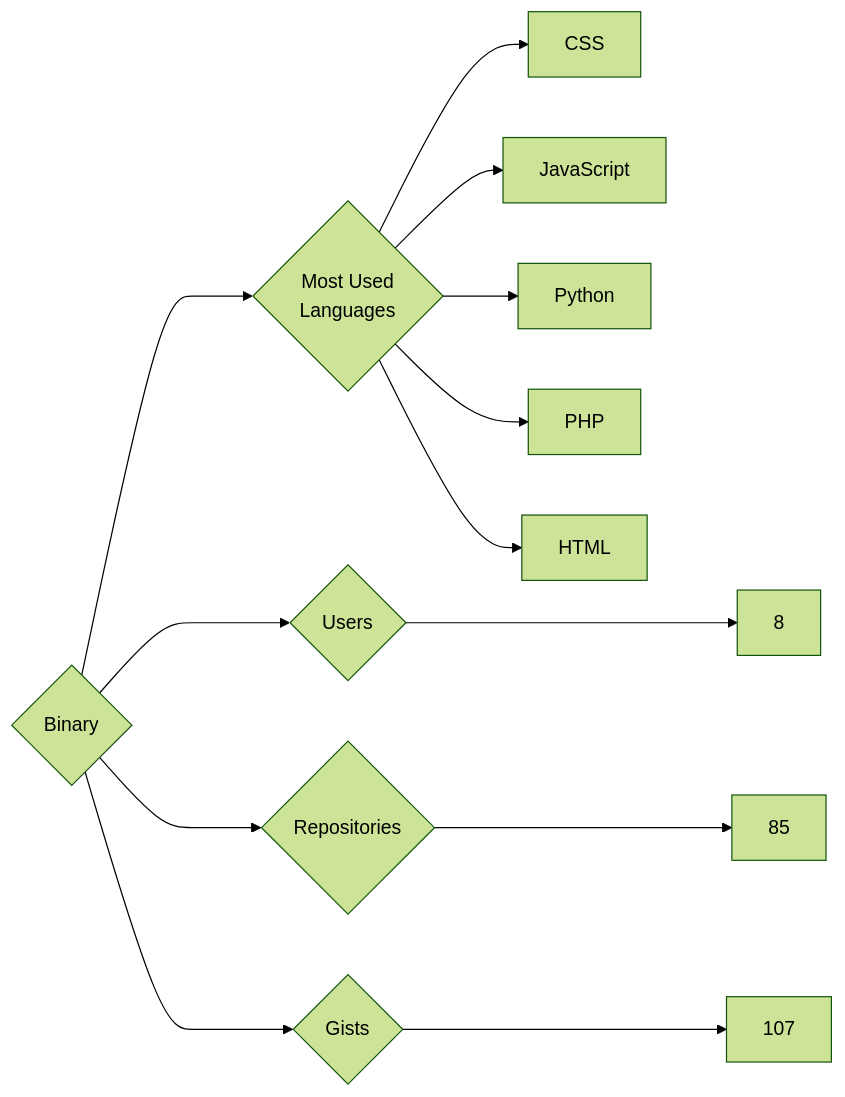
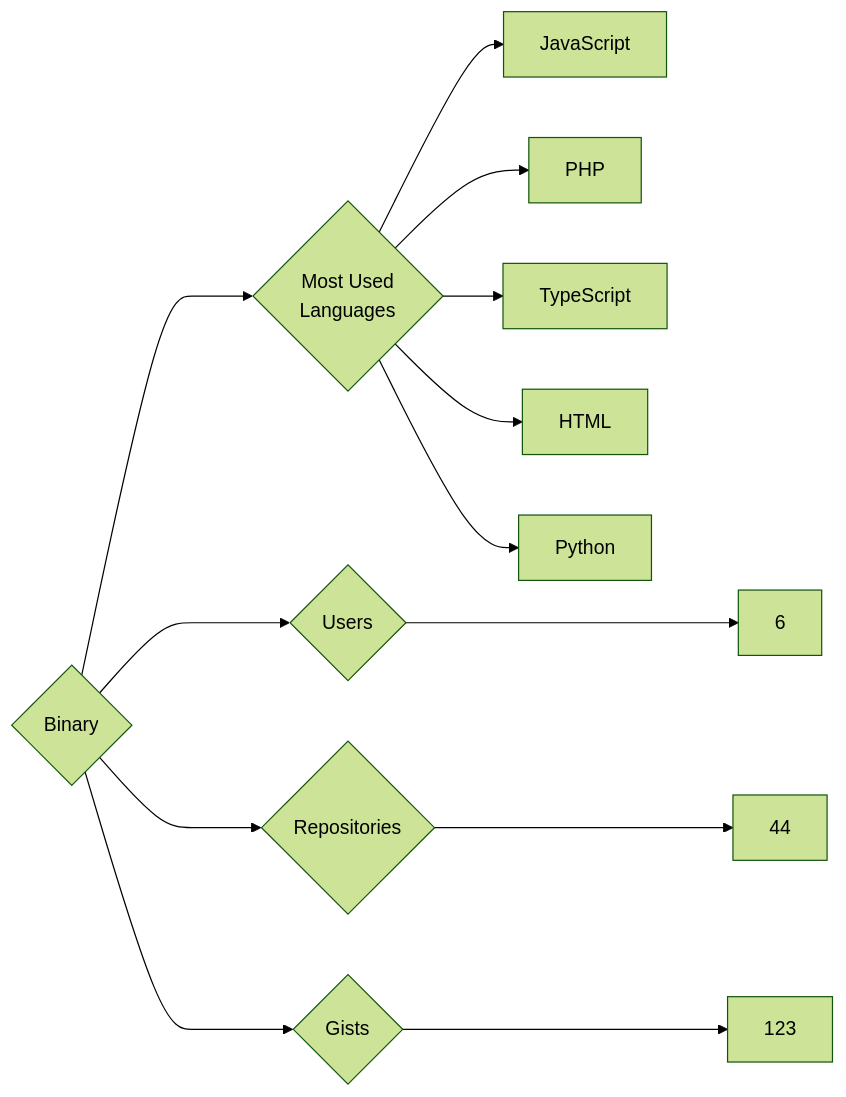
One commit to trickest/insiders changed the diagram in targets/Binary/README.md. Above: the diagram before and after it, drawn with Mermaid (forest theme). The commit also changed 993 other files, not shown here.

````diff
--- a/targets/Binary/README.md
+++ b/targets/Binary/README.md
@@ -3,13 +3,13 @@
 ```mermaid
 graph LR
 COMPANY_NAME{Binary}
-COMPANY_NAME ---> U{Users} ---> UN[8]
-COMPANY_NAME ---> R{Repositories} ---> RN[85]
-COMPANY_NAME ---> G{Gists} ---> GN[107]
+COMPANY_NAME ---> U{Users} ---> UN[6]
+COMPANY_NAME ---> R{Repositories} ---> RN[44]
+COMPANY_NAME ---> G{Gists} ---> GN[123]
 COMPANY_NAME ---> ML{Most Used<br>Languages}
-ML --> CSS[CSS]
 ML --> JavaScript[JavaScript]
+ML --> PHP[PHP]
+ML --> TypeScript[TypeScript]
+ML --> HTML[HTML]
 ML --> Python[Python]
-ML --> PHP[PHP]
-ML --> HTML[HTML]
 ```
````
